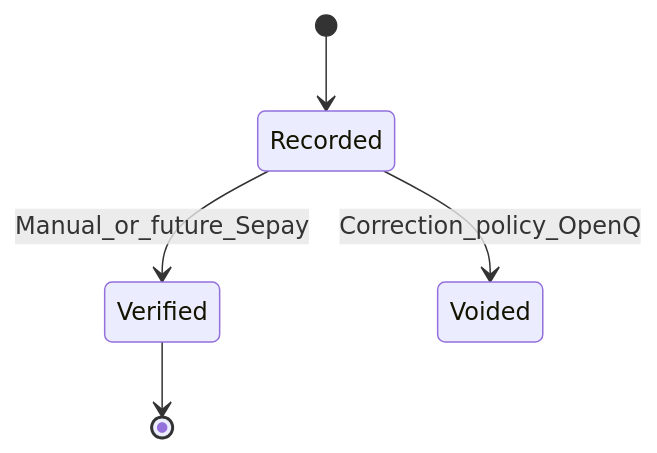
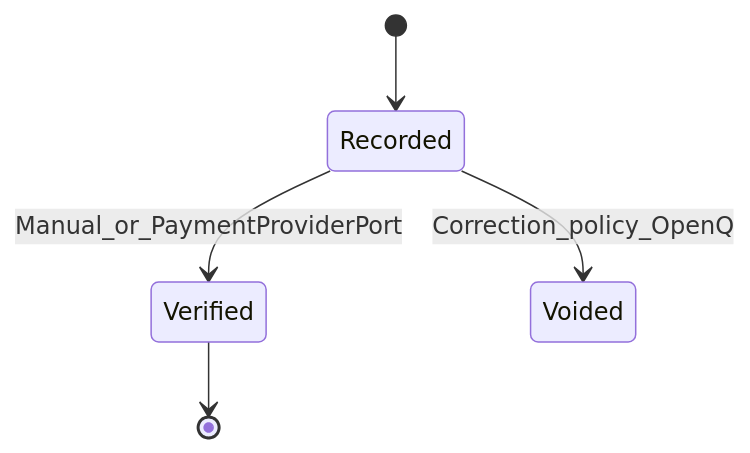
Before and after one commit to PNCTriet/DYN_CRM_BACKEND: the third of 7 diagrams in docs/02-domain/Finance.md, drawn with Mermaid. The commit also changed other lines of this file and 46 other files, not shown here.

````diff
--- a/docs/02-domain/Finance.md
+++ b/docs/02-domain/Finance.md
@@ -68,7 +105,7 @@
 ```mermaid
 stateDiagram-v2
   [*] --> Recorded
-  Recorded --> Verified: Manual_or_future_Sepay
+  Recorded --> Verified: Manual_or_PaymentProviderPort
   Recorded --> Voided: Correction_policy_OpenQ
   Verified --> [*]
 ```
````
